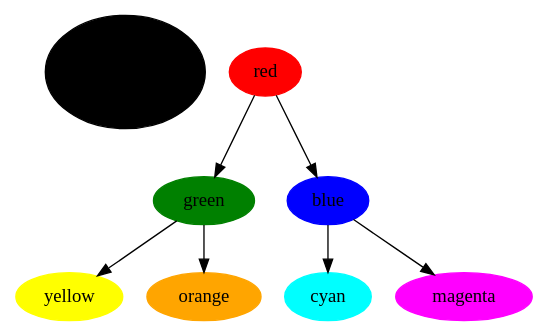
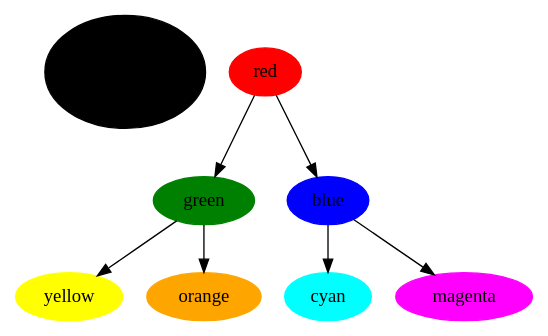
The diagram in t/graphs/directed/ctext.dot (graphviz-perl/Tk-GraphViz), drawn with Graphviz before and after one commit. The commit also changed 50 other files, not shown here.

```diff
--- a/t/graphs/directed/ctext.dot
+++ b/t/graphs/directed/ctext.dot
@@ -1,18 +1,17 @@
 digraph G {
 	node [label="\N"];
-	graph [bb="0,0,327,246"];
-	xyz [label="hello\nworld", color=slate_blue, fontsize=24, fontname="Palatino-Italic", style=filled, fontcolor="hot pink", pos="59,195", width="1.64", height="1.18"];
-	red [color=red, style=filled, pos="163,195", width="0.75", height="0.50"];
-	green [color=green, style=filled, pos="123,98", width="0.83", height="0.50"];
-	blue [color=blue, style=filled, fontcolor=black, pos="202,98", width="0.75", height="0.50"];
-	cyan [color=cyan, style=filled, pos="202,26", width="0.75", height="0.50"];
-	magenta [color=magenta, style=filled, pos="287,26", width="1.11", height="0.50"];
-	yellow [color=yellow, style=filled, pos="37,26", width="0.94", height="0.50"];
-	orange [color=orange, style=filled, pos="123,26", width="0.94", height="0.50"];
-	red -> green [pos="e,130,116 156,177 150,163 141,141 133,124"];
-	red -> blue [pos="e,195,116 170,177 176,163 185,141 192,124"];
-	blue -> cyan [pos="e,202,44 202,80 202,72 202,63 202,54"];
-	blue -> magenta [pos="e,268,42 219,84 231,74 248,60 261,48"];
-	green -> yellow [pos="e,55,41 105,83 93,73 76,59 62,47"];
-	green -> orange [pos="e,123,44 123,80 123,72 123,63 123,54"];
+	xyz [label="hello\nworld", color=slate_blue, fontsize=24, fontname="Palatino-Italic", style=filled, fontcolor="hot pink"];
+	red [color=red, style=filled];
+	green [color=green, style=filled];
+	blue [color=blue, style=filled, fontcolor=black];
+	cyan [color=cyan, style=filled];
+	magenta [color=magenta, style=filled];
+	yellow [color=yellow, style=filled];
+	orange [color=orange, style=filled];
+	red -> green
+	red -> blue
+	blue -> cyan
+	blue -> magenta
+	green -> yellow
+	green -> orange
 }
```
